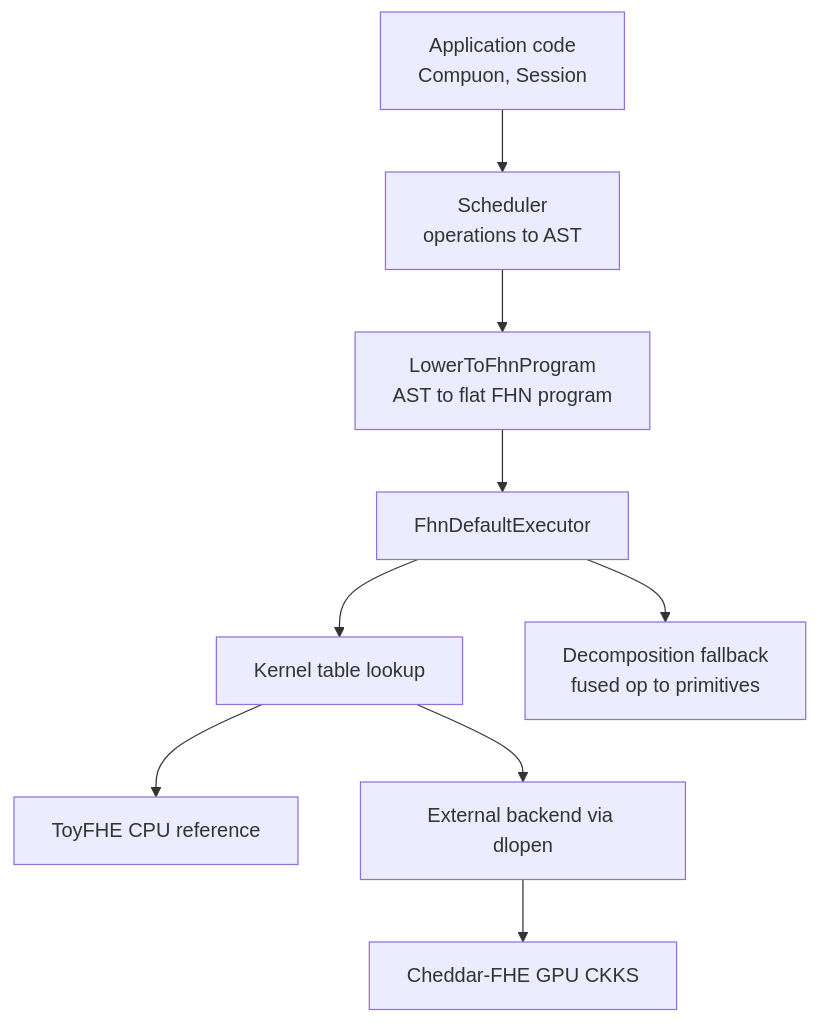
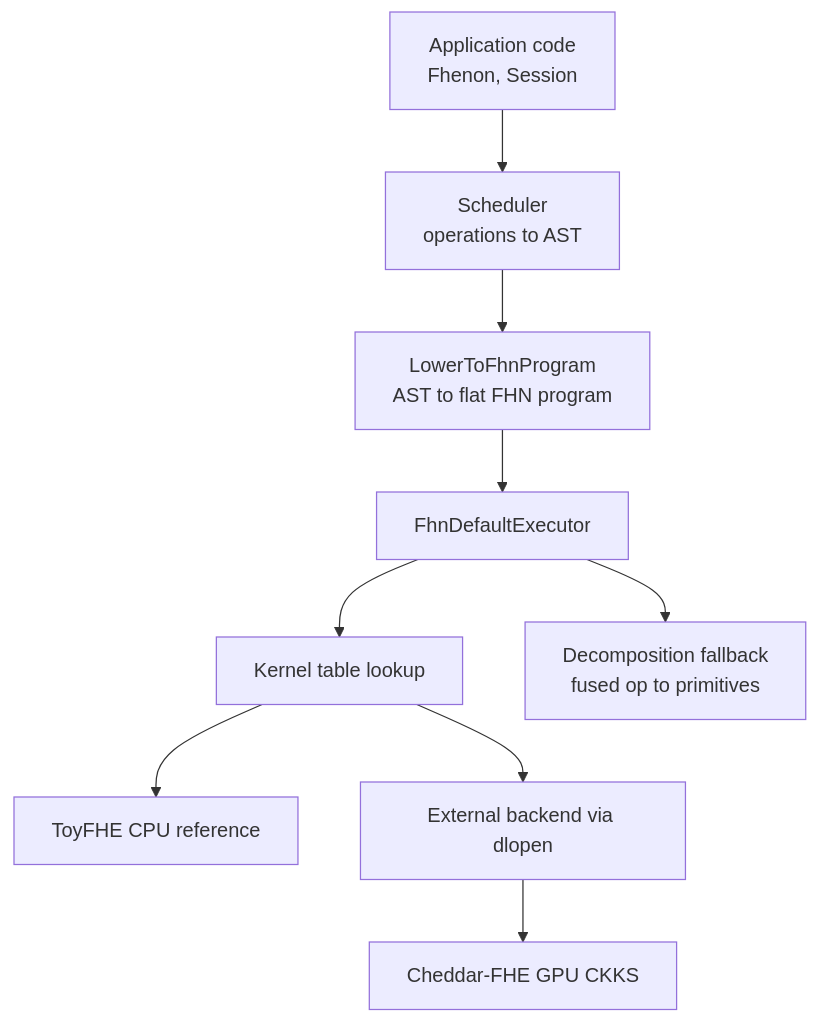
The diagram in README.md (zotanika/fhenomenon), drawn with Mermaid before and after one commit. The commit also changed other lines of this file and 30 other files, not shown here.

First line of the commit message:
refactor: rename Compuon to Fhenon

````diff
--- a/README.md
+++ b/README.md
@@ -72,11 +72,11 @@
 ```mermaid
 flowchart TD
-    A["Application code<br/>Compuon<int>, Session"] --> B["Scheduler<br/>operations to AST"]
+    A["Application code<br/>Fhenon<int>, Session"] --> B["Scheduler<br/>operations to AST"]
     B --> C["LowerToFhnProgram<br/>AST to flat FHN program"]
     C --> D["FhnDefaultExecutor"]
     D --> E["Kernel table lookup"]
     E --> F["ToyFHE CPU reference"]
     E --> G["External backend via dlopen"]
     G --> H["Cheddar-FHE GPU CKKS"]
     D --> I["Decomposition fallback<br/>fused op to primitives"]
 ```
````
